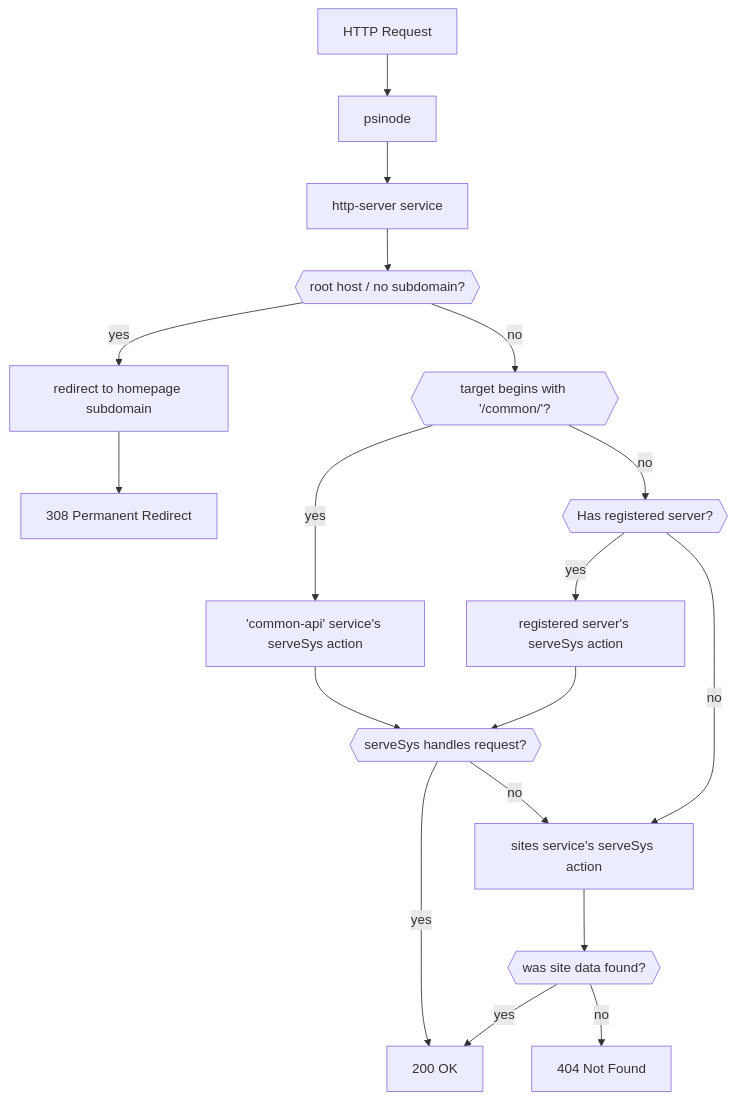
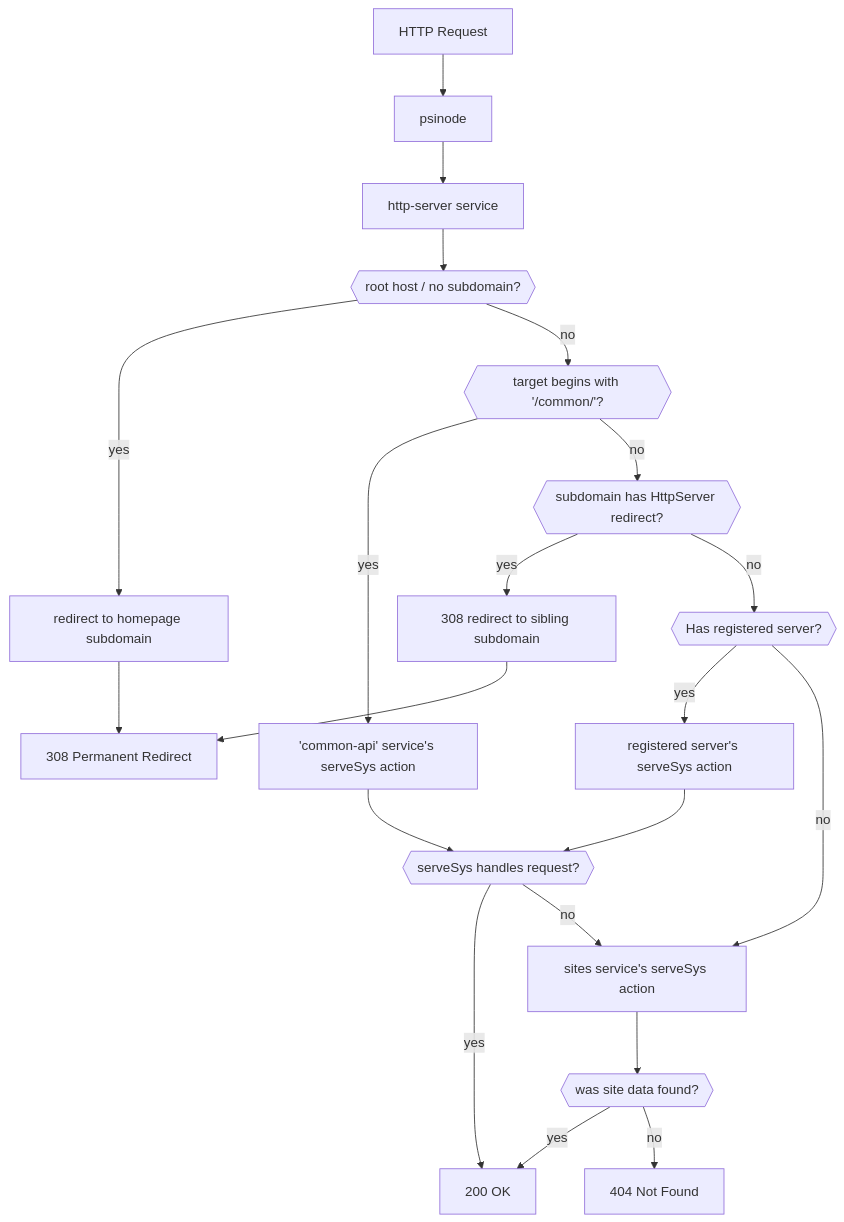
The diagram in doc/src/development/services/cpp-service/reference/web-services.md (gofractally/psibase), drawn with Mermaid before and after one commit. The commit also changed other lines of this file and 5 other files, not shown here.

````diff
--- a/doc/src/development/services/cpp-service/reference/web-services.md
+++ b/doc/src/development/services/cpp-service/reference/web-services.md
@@ -5,25 +5,27 @@
 ```mermaid
 flowchart TD
    200[200 OK]
    404[404 Not Found]
    308[308 Permanent Redirect]
 
    A[HTTP Request]
    B[psinode]
    C[http-server service]
    sites[sites service's serveSys action]
    serveSys{{serveSys handles request?}}
 
    A --> B --> C
    sites --> E{{was site data found?}} -->|yes| 200
    E -->|no| 404
    C --> R{{root host / no subdomain?}}
    R -->|yes| homeRedir[redirect to homepage subdomain] --> 308
    R -->|no| G{{target begins with '/common/'?}}
    G -->|yes| common['common-api' service's serveSys action] --> serveSys
-   G -->|no| J{{Has registered server?}}
+   G -->|no| SR{{subdomain has HttpServer redirect?}}
+   SR -->|yes| sibRedir[308 redirect to sibling subdomain] --> 308
+   SR -->|no| J{{Has registered server?}}
    J -->|yes| L[registered server's serveSys action] --> serveSys
    J -->|no| sites
    serveSys -->|yes| 200
    serveSys -->|no| sites
 ```
````
